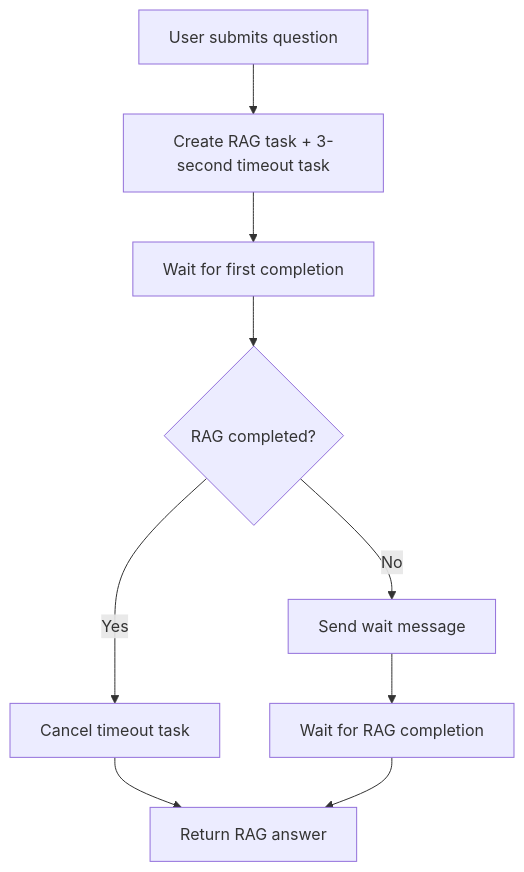
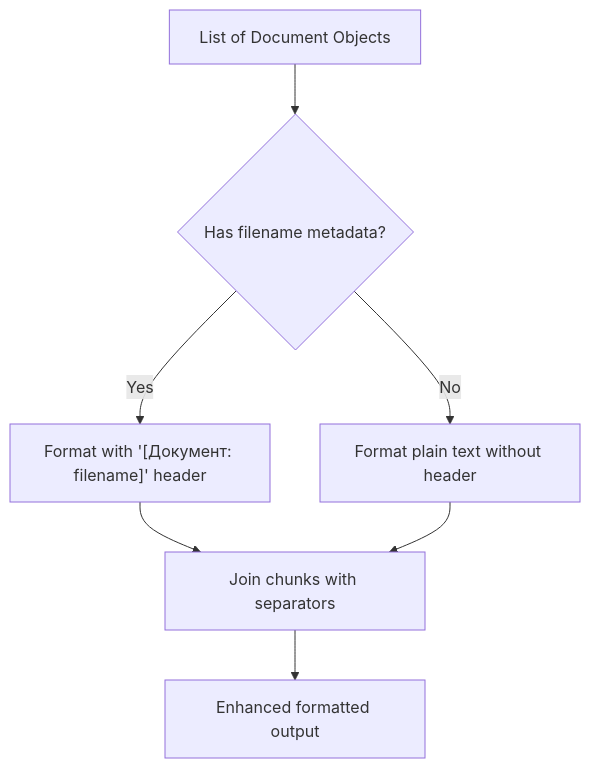
Before and after one commit to ognelis/cafetera_hr_bot: the third of 5 diagrams in .qoder/repowiki/en/content/RAG Integration/RAG Integration.md, drawn with Mermaid. The commit also changed other lines of this file and 13 other files, not shown here.

````diff
--- a/.qoder/repowiki/en/content/RAG Integration/RAG Integration.md
+++ b/.qoder/repowiki/en/content/RAG Integration/RAG Integration.md
@@ -430,11 +422,9 @@
 ```mermaid
 flowchart TD
-Start["User submits question"] --> CreateTasks["Create RAG task + 3-second timeout task"]
-CreateTasks --> WaitFirst["Wait for first completion"]
-WaitFirst --> RAGDone{"RAG completed?"}
-RAGDone --> |Yes| CancelTimeout["Cancel timeout task"]
-CancelTimeout --> ReturnRAG["Return RAG answer"]
-RAGDone --> |No| SendWait["Send wait message"]
-SendWait --> WaitTimeout["Wait for RAG completion"]
-WaitTimeout --> ReturnRAG
+OriginalDocs["List of Document Objects"] --> CheckMetadata{"Has filename metadata?"}
+CheckMetadata --> |Yes| FormatWithHeader["Format with '[Документ: filename]' header"]
+CheckMetadata --> |No| FormatPlain["Format plain text without header"]
+FormatWithHeader --> JoinChunks["Join chunks with separators"]
+FormatPlain --> JoinChunks
+JoinChunks --> EnhancedOutput["Enhanced formatted output"]
 ```
````
